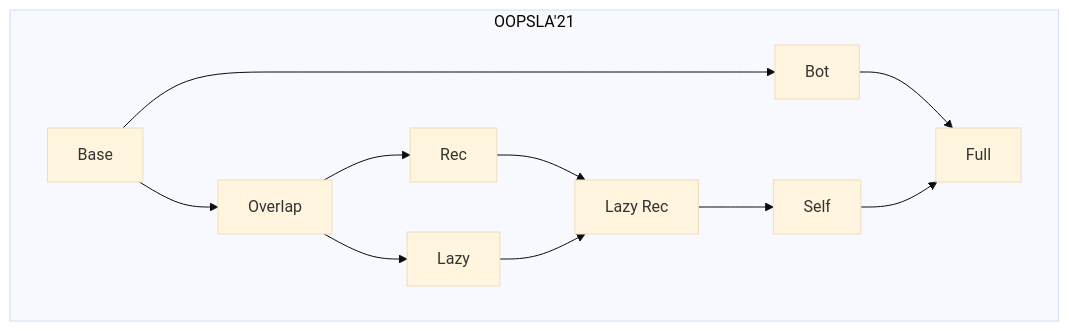
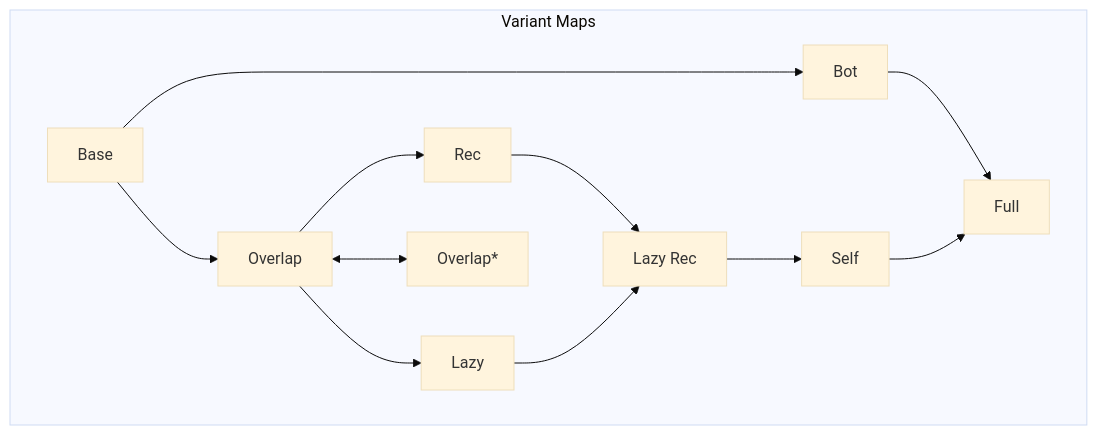
One commit to TiarkRompf/reachability changed the diagram in base/README.md. Above: the diagram before and after it, drawn with Mermaid (base theme). The commit also changed other lines of this file and 79 other files, not shown here.

````diff
--- a/base/README.md
+++ b/base/README.md
@@ -18,22 +23,24 @@
 ```mermaid
 graph TD
-    subgraph oopsla[OOPSLA'21]
+    subgraph oopsla[Variant Maps]
       Base
       Bot
       Overlap
+      Overlap*
       Rec
       Lazy
       Lazy_Rec
       Self
       Full
     end
     Base[<a title='Qualifiers are sets, functions and arguments are separate.'>Base</a>] --> Bot[<a title='Adds untracked qualifiers'>Bot</a>]
-    Base --> Overlap[<a title='Permit overlap between functions and arguments.'>Overlap</a>]
+    Base-->Overlap[<a title='Permit overlap between functions and arguments.'>Overlap</a>]
     Overlap-->Rec[<a title='Adds recursive lambda abstractions.'>Rec</a>]
     Overlap-->Lazy[<a title='Assign minimal qualifiers, transitive closure on demand.'>Lazy</a>]
+    Overlap<-->Overlap*[<a title='Overlap version with propositional set implementation'>Overlap*</a>]
     Rec-->Lazy_Rec[<a title='Merge Lazy and Rec'>Lazy Rec</a>]
     Lazy-->Lazy_Rec
     Lazy_Rec-->Self[<a title='Adds function self qualifiers.'>Self</a>]
     Bot-->Full[<a title='Merge Bot and Self'>Full</a>]
     Self-->Full
 ```
````
